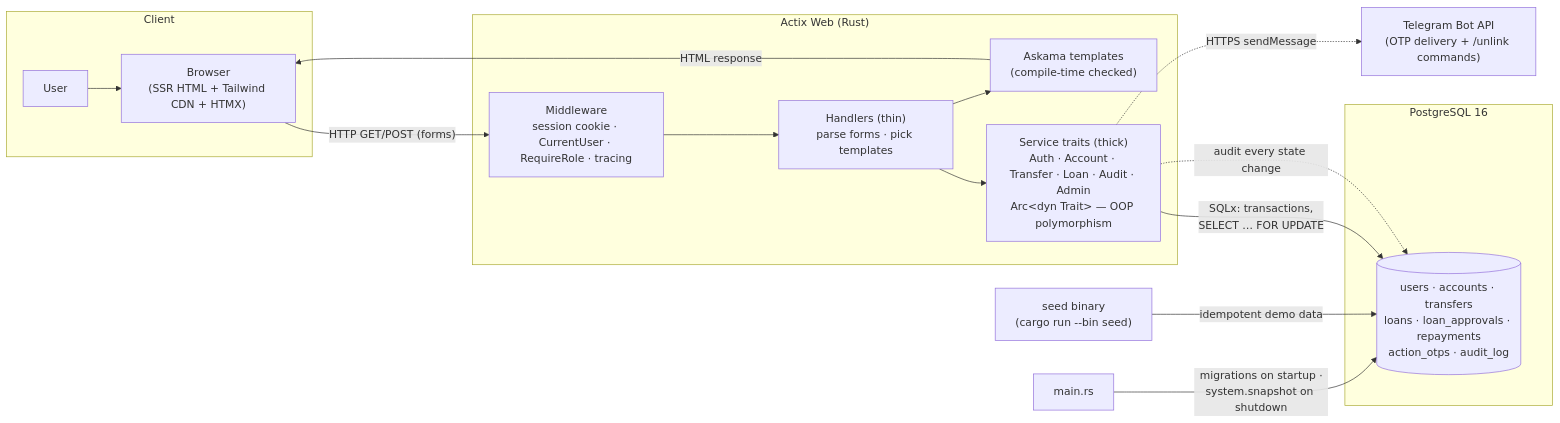
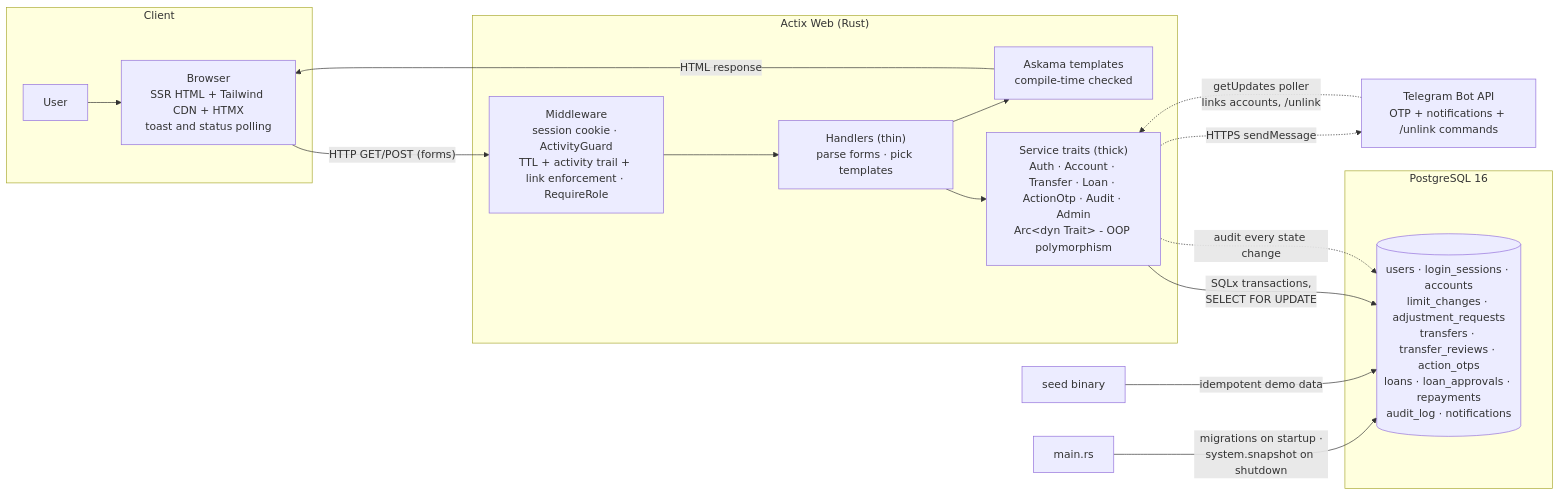
One commit to cthyuiii/FerroBank changed the first of 14 diagrams in docs/FLOWS.md. Above: the diagram before and after it, drawn with Mermaid. The commit also changed other lines of this file and 61 other files, not shown here.

````diff
--- a/docs/FLOWS.md
+++ b/docs/FLOWS.md
@@ -16,27 +15,28 @@
 ```mermaid
 flowchart LR
     subgraph Client
-        U[User] --> B["Browser<br/>(SSR HTML + Tailwind CDN + HTMX)"]
+        U[User] --> B["Browser<br/>SSR HTML + Tailwind CDN + HTMX<br/>toast and status polling"]
     end
 
     subgraph Server["Actix Web (Rust)"]
-        MW["Middleware<br/>session cookie · CurrentUser · RequireRole · tracing"]
+        MW["Middleware<br/>session cookie · ActivityGuard<br/>TTL + activity trail + link enforcement · RequireRole"]
         H["Handlers (thin)<br/>parse forms · pick templates"]
-        SV["Service traits (thick)<br/>Auth · Account · Transfer · Loan · Audit · Admin<br/>Arc&lt;dyn Trait&gt; — OOP polymorphism"]
-        T["Askama templates<br/>(compile-time checked)"]
+        SV["Service traits (thick)<br/>Auth · Account · Transfer · Loan · ActionOtp · Audit · Admin<br/>Arc&lt;dyn Trait&gt; - OOP polymorphism"]
+        T["Askama templates<br/>compile-time checked"]
     end
 
     subgraph Data["PostgreSQL 16"]
-        DB[("users · accounts · transfers<br/>loans · loan_approvals · repayments<br/>action_otps · audit_log")]
+        DB[("users · login_sessions · accounts<br/>limit_changes · adjustment_requests<br/>transfers · transfer_reviews · action_otps<br/>loans · loan_approvals · repayments<br/>audit_log · notifications")]
     end
 
-    EXT["Telegram Bot API<br/>(OTP delivery + /unlink commands)"]
+    EXT["Telegram Bot API<br/>OTP + notifications + /unlink commands"]
 
     B -- "HTTP GET/POST (forms)" --> MW --> H --> SV
-    SV -- "SQLx: transactions,<br/>SELECT … FOR UPDATE" --> DB
+    SV -- "SQLx transactions,<br/>SELECT FOR UPDATE" --> DB
     SV -. "audit every state change" .-> DB
     H --> T -- "HTML response" --> B
     SV -. "HTTPS sendMessage" .-> EXT
-    SEED["seed binary<br/>(cargo run --bin seed)"] -- "idempotent demo data" --> DB
+    EXT -. "getUpdates poller<br/>links accounts, /unlink" .-> SV
+    SEED["seed binary"] -- "idempotent demo data" --> DB
     MAIN["main.rs"] -- "migrations on startup ·<br/>system.snapshot on shutdown" --> DB
 ```
````
